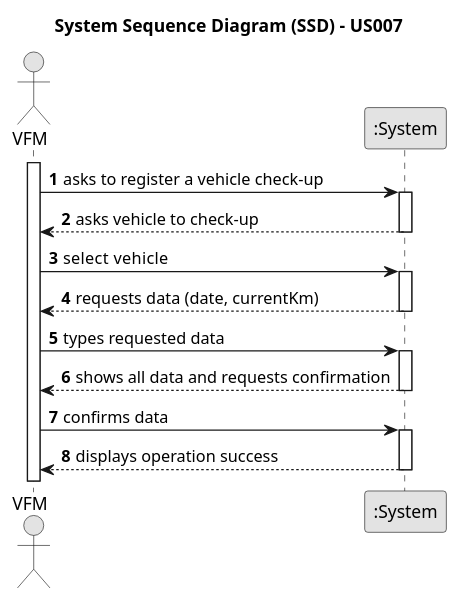
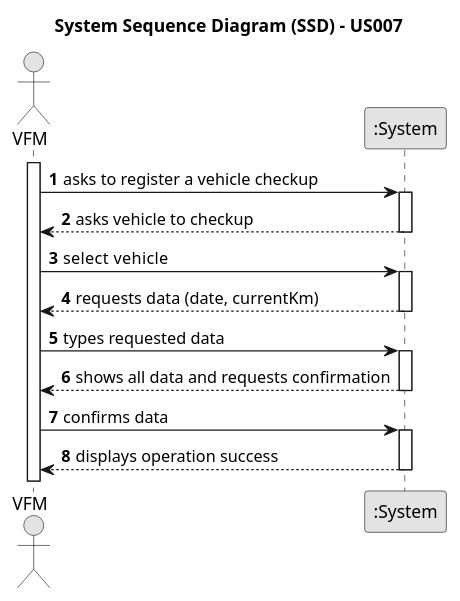
The diagram in docs/sprintB/us007/01.requirements-engineering/puml/us007-system-sequence-diagram-alternative-one.puml (ricardomm7/leaflink), drawn with PlantUML before and after one commit. The commit also changed 13 other files, not shown here.

```diff
--- a/docs/sprintB/us007/01.requirements-engineering/puml/us007-system-sequence-diagram-alternative-one.puml
+++ b/docs/sprintB/us007/01.requirements-engineering/puml/us007-system-sequence-diagram-alternative-one.puml
@@ -1,38 +1,38 @@
 @startuml
 skinparam monochrome true
 skinparam packageStyle rectangle
 skinparam shadowing false
 
 title System Sequence Diagram (SSD) - US007
 
 autonumber
 
 actor "VFM" as VFM
 participant ":System" as System
 
 activate VFM
 
-    VFM -> System : asks to register a vehicle check-up
+    VFM -> System : asks to register a vehicle checkup
         activate System
 
-    System --> VFM : asks vehicle to check-up
+    System --> VFM : asks vehicle to checkup
         deactivate System
     VFM -> System : select  vehicle
     activate System
 
     System --> VFM : requests data (date, currentKm)
     deactivate System
 
     VFM -> System : types requested data
     activate System
 
         System --> VFM : shows all data and requests confirmation
     deactivate System
 
     VFM -> System : confirms data
     activate System
 
         System --> VFM : displays operation success
     deactivate System
 
 @enduml
```
